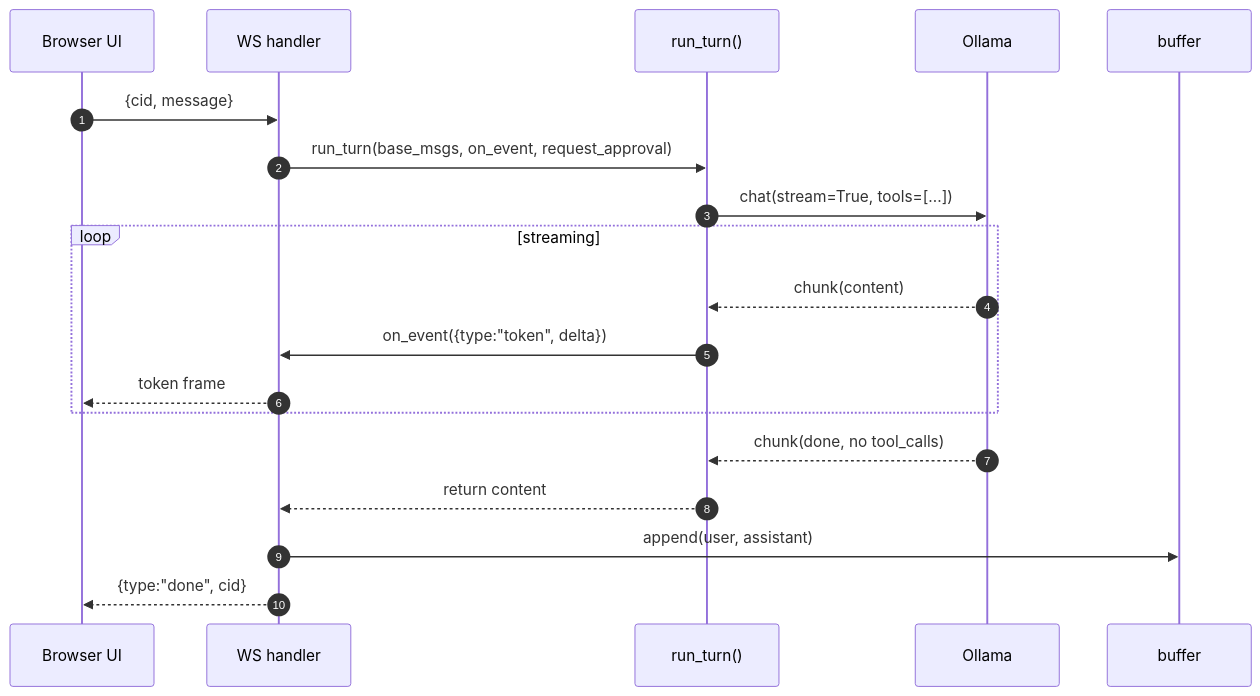
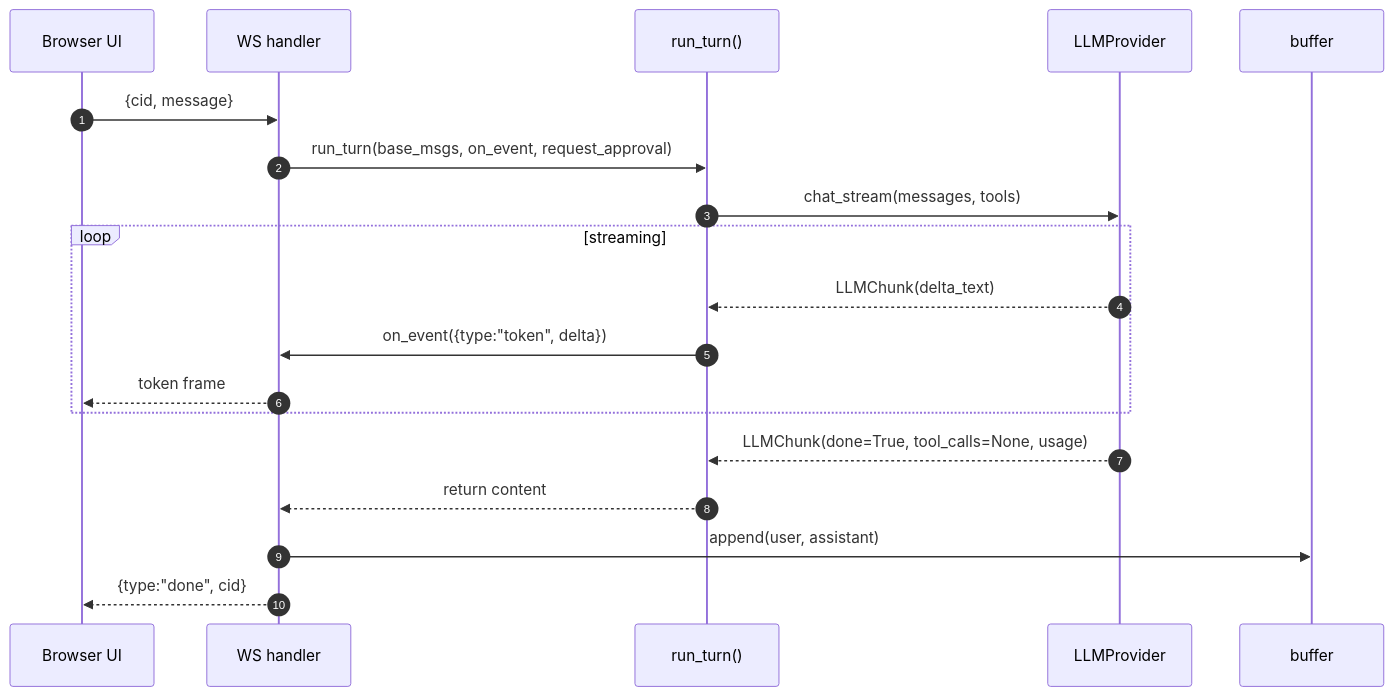
Before and after one commit to fhdbbk/personal-agent: the fourth of 15 diagrams in docs/design/LLD.md, drawn with Mermaid. The commit also changed other lines of this file and 29 other files, not shown here.

````diff
--- a/docs/design/LLD.md
+++ b/docs/design/LLD.md
@@ -317,22 +382,22 @@
 ```mermaid
 sequenceDiagram
     autonumber
     participant UI as Browser UI
     participant API as WS handler
     participant RunTurn as run_turn()
-    participant Ollama
+    participant LLM as LLMProvider
     participant Buf as buffer
 
     UI->>API: {cid, message}
     API->>RunTurn: run_turn(base_msgs, on_event, request_approval)
-    RunTurn->>Ollama: chat(stream=True, tools=[...])
+    RunTurn->>LLM: chat_stream(messages, tools)
     loop streaming
-        Ollama-->>RunTurn: chunk(content)
+        LLM-->>RunTurn: LLMChunk(delta_text)
         RunTurn->>API: on_event({type:"token", delta})
         API-->>UI: token frame
     end
-    Ollama-->>RunTurn: chunk(done, no tool_calls)
+    LLM-->>RunTurn: LLMChunk(done=True, tool_calls=None, usage)
     RunTurn-->>API: return content
     API->>Buf: append(user, assistant)
     API-->>UI: {type:"done", cid}
 ```
````
